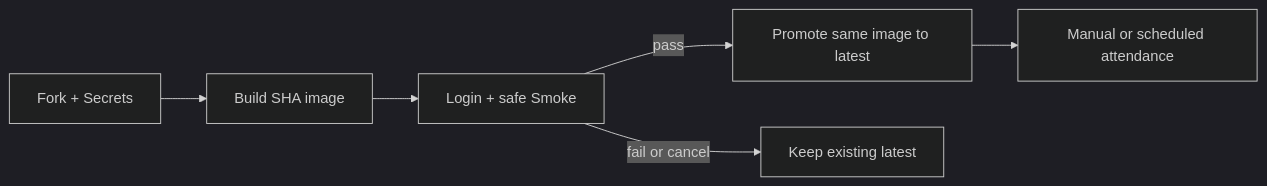
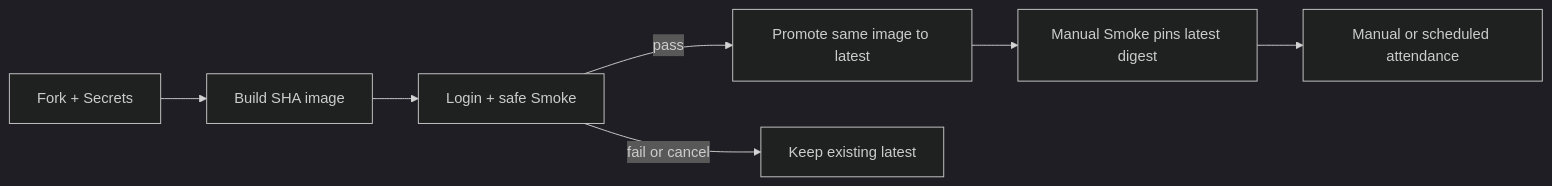
One commit to liu-chun-wu/daily-tick-runner changed the diagram in README.md. Above: the diagram before and after it, drawn with Mermaid (dark theme). The commit also changed other lines of this file and 12 other files, not shown here.

First line of the commit message:
feature: add latest-image smoke workflow with screenshot notifications

````diff
--- a/README.md
+++ b/README.md
@@ -40,8 +45,9 @@
 ```mermaid
 flowchart LR
     A[Fork + Secrets] --> B[Build SHA image]
     B --> C[Login + safe Smoke]
     C -->|pass| D[Promote same image to latest]
     C -->|fail or cancel| E[Keep existing latest]
-    D --> F[Manual or scheduled attendance]
+    D --> F[Manual Smoke pins latest digest]
+    F --> G[Manual or scheduled attendance]
 ```
````
